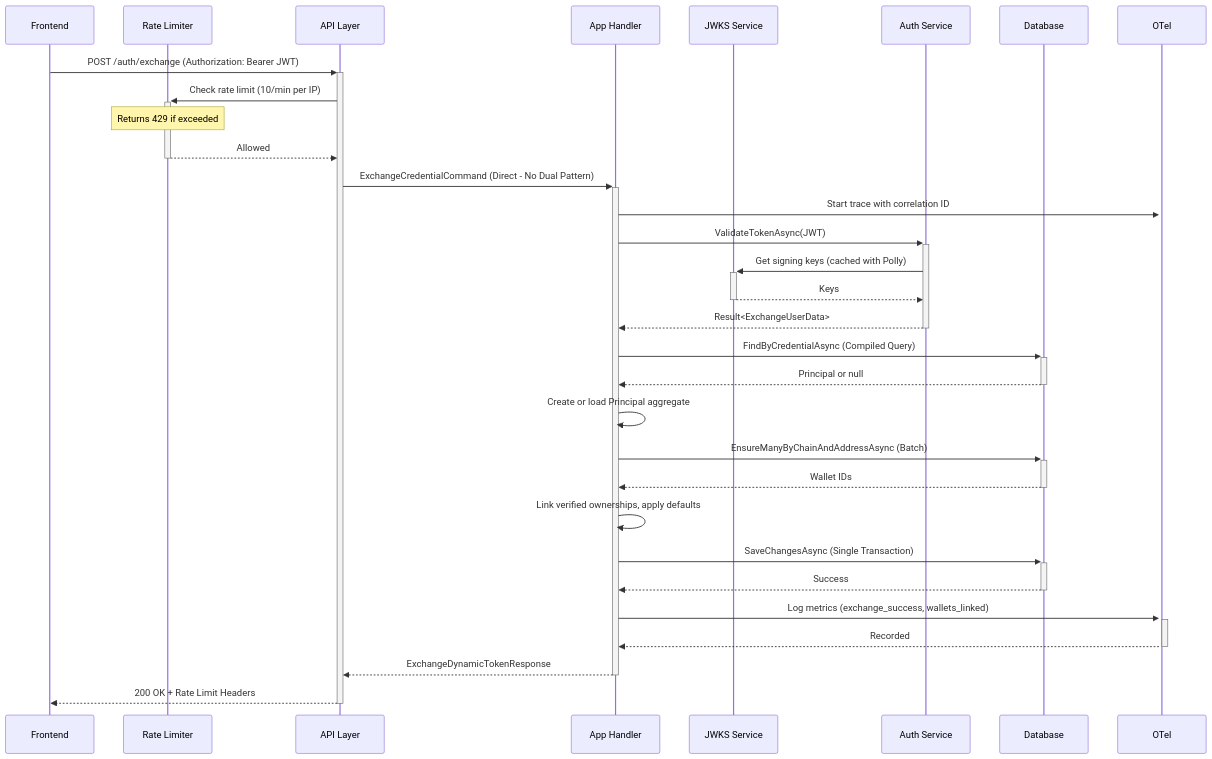
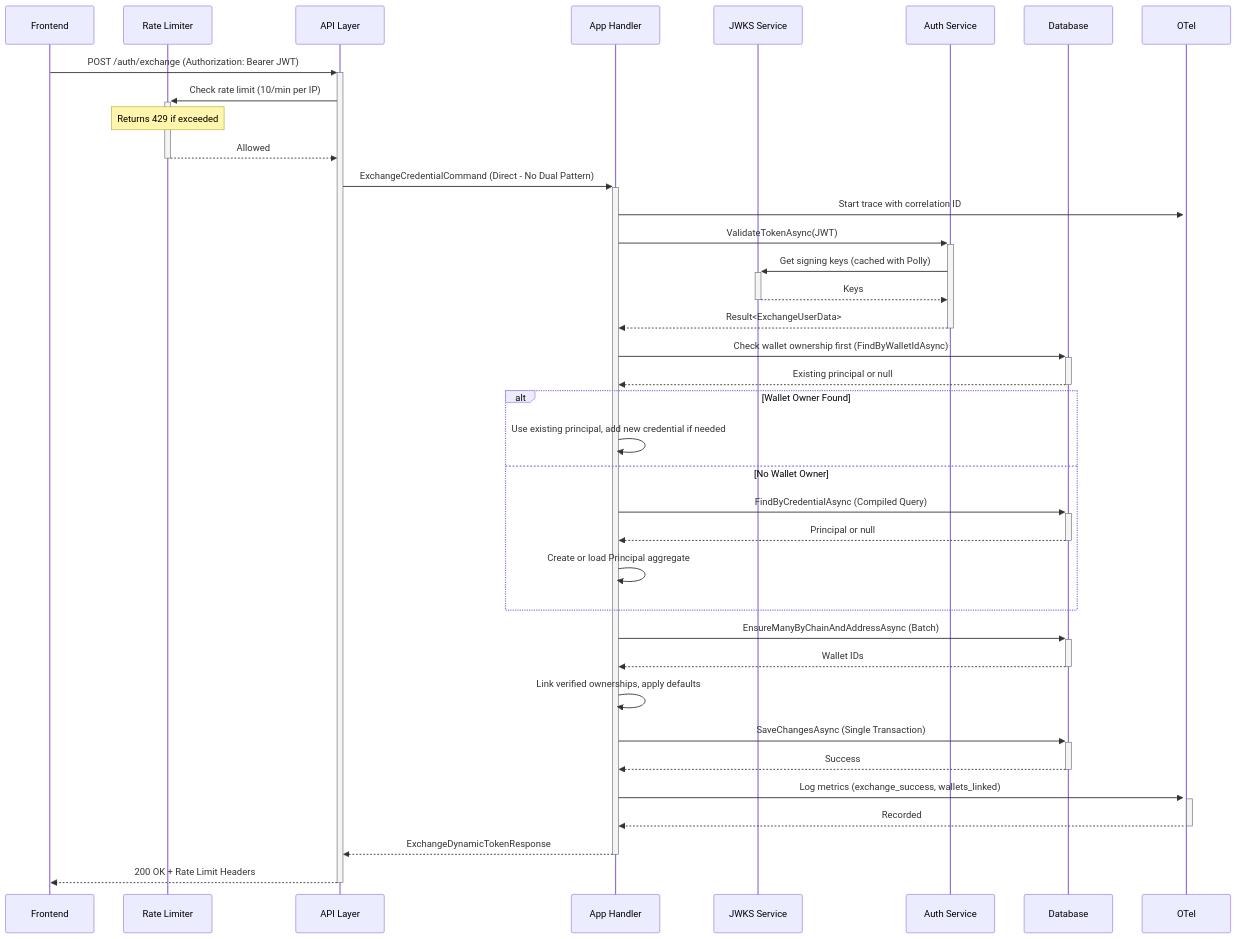
The first of 2 diagrams in Docs/BMAD/Architecture/7-core-workflows.md (valentynkt/Axon-Backend-Github), drawn with Mermaid before and after one commit. The commit also changed other lines of this file and 10 other files, not shown here.

````diff
--- a/Docs/BMAD/Architecture/7-core-workflows.md
+++ b/Docs/BMAD/Architecture/7-core-workflows.md
@@ -5,40 +5,46 @@
 ```mermaid
 sequenceDiagram
     participant Frontend
     participant Rate Limiter
     participant API Layer  
     participant App Handler
     participant JWKS Service
     participant Auth Service
     participant Database
     participant OTel
 
     Frontend->>+API Layer: POST /auth/exchange (Authorization: Bearer JWT)
     API Layer->>+Rate Limiter: Check rate limit (10/min per IP)
     Note over Rate Limiter: Returns 429 if exceeded
     Rate Limiter-->>-API Layer: Allowed
     
     API Layer->>+App Handler: ExchangeCredentialCommand (Direct - No Dual Pattern)
     App Handler->>+OTel: Start trace with correlation ID
     
     App Handler->>+Auth Service: ValidateTokenAsync(JWT)
     Auth Service->>+JWKS Service: Get signing keys (cached with Polly)
     JWKS Service-->>-Auth Service: Keys
     Auth Service-->>-App Handler: Result<ExchangeUserData>
 
-    App Handler->>+Database: FindByCredentialAsync (Compiled Query)
-    Database-->>-App Handler: Principal or null
+    App Handler->>+Database: Check wallet ownership first (FindByWalletIdAsync)
+    Database-->>-App Handler: Existing principal or null
 
-    App Handler->>App Handler: Create or load Principal aggregate
+    alt Wallet Owner Found
+        App Handler->>App Handler: Use existing principal, add new credential if needed
+    else No Wallet Owner
+        App Handler->>+Database: FindByCredentialAsync (Compiled Query)
+        Database-->>-App Handler: Principal or null
+        App Handler->>App Handler: Create or load Principal aggregate
+    end
     App Handler->>+Database: EnsureManyByChainAndAddressAsync (Batch)
     Database-->>-App Handler: Wallet IDs
 
     App Handler->>App Handler: Link verified ownerships, apply defaults
     App Handler->>+Database: SaveChangesAsync (Single Transaction)
     Database-->>-App Handler: Success
 
     App Handler->>+OTel: Log metrics (exchange_success, wallets_linked)
     OTel-->>-App Handler: Recorded
     App Handler-->>-API Layer: ExchangeDynamicTokenResponse
     API Layer-->>-Frontend: 200 OK + Rate Limit Headers
 ```
````
